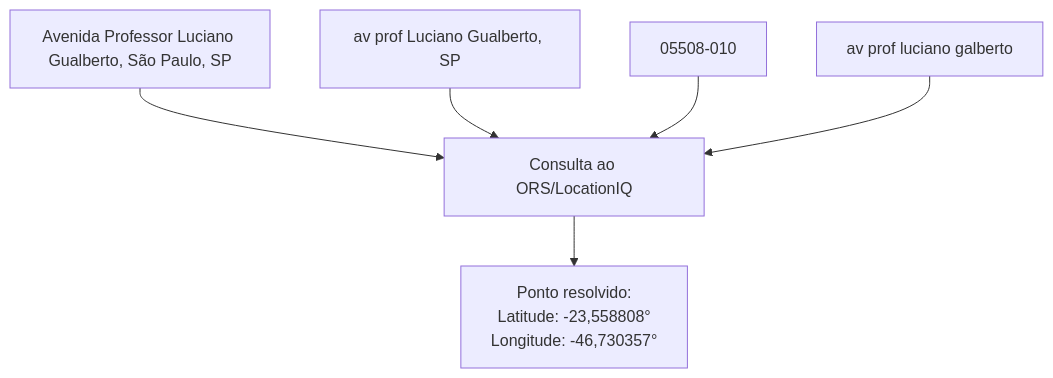
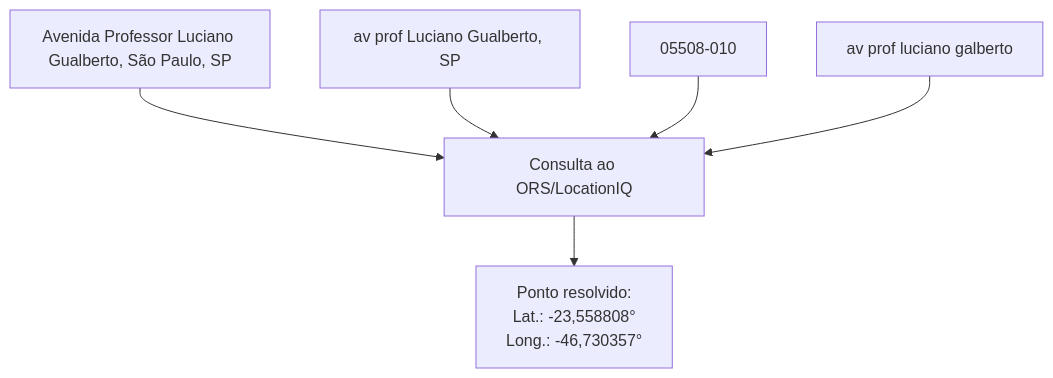
One commit to pennylanesccp/cabotage-lens changed the second of 5 diagrams in docs/tf_technical_article_draft.md. Above: the diagram before and after it, drawn with Mermaid. The commit also changed other lines of this file and 17 other files, not shown here.

````diff
--- a/docs/tf_technical_article_draft.md
+++ b/docs/tf_technical_article_draft.md
@@ -622,8 +622,8 @@
 ```mermaid
 flowchart TB
     A["Avenida Professor Luciano Gualberto, São Paulo, SP"] --> O["Consulta ao ORS/LocationIQ"]
     B["av prof Luciano Gualberto, SP"] --> O
     C["05508-010"] --> O
     D["av prof luciano galberto"] --> O
-    O -->R["Ponto resolvido:<br/>Latitude: -23,558808°<br/>Longitude: -46,730357°"]
+    O -->R["Ponto resolvido:<br/>Lat.: -23,558808°<br/>Long.: -46,730357°"]
 ```
````
